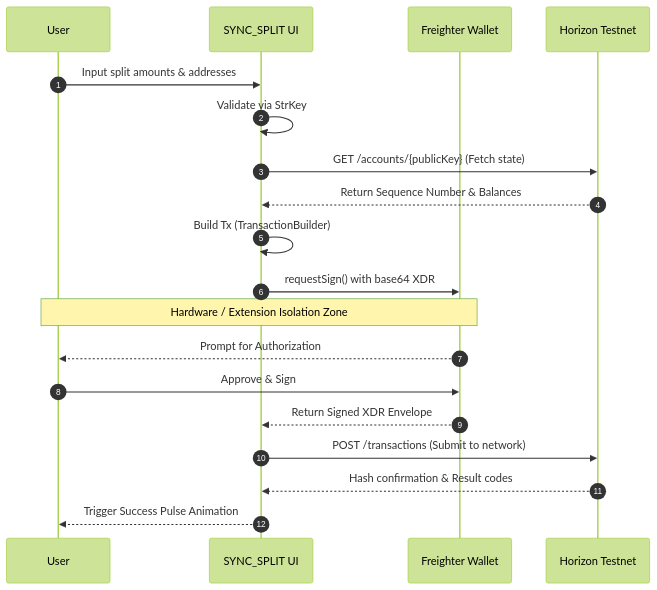
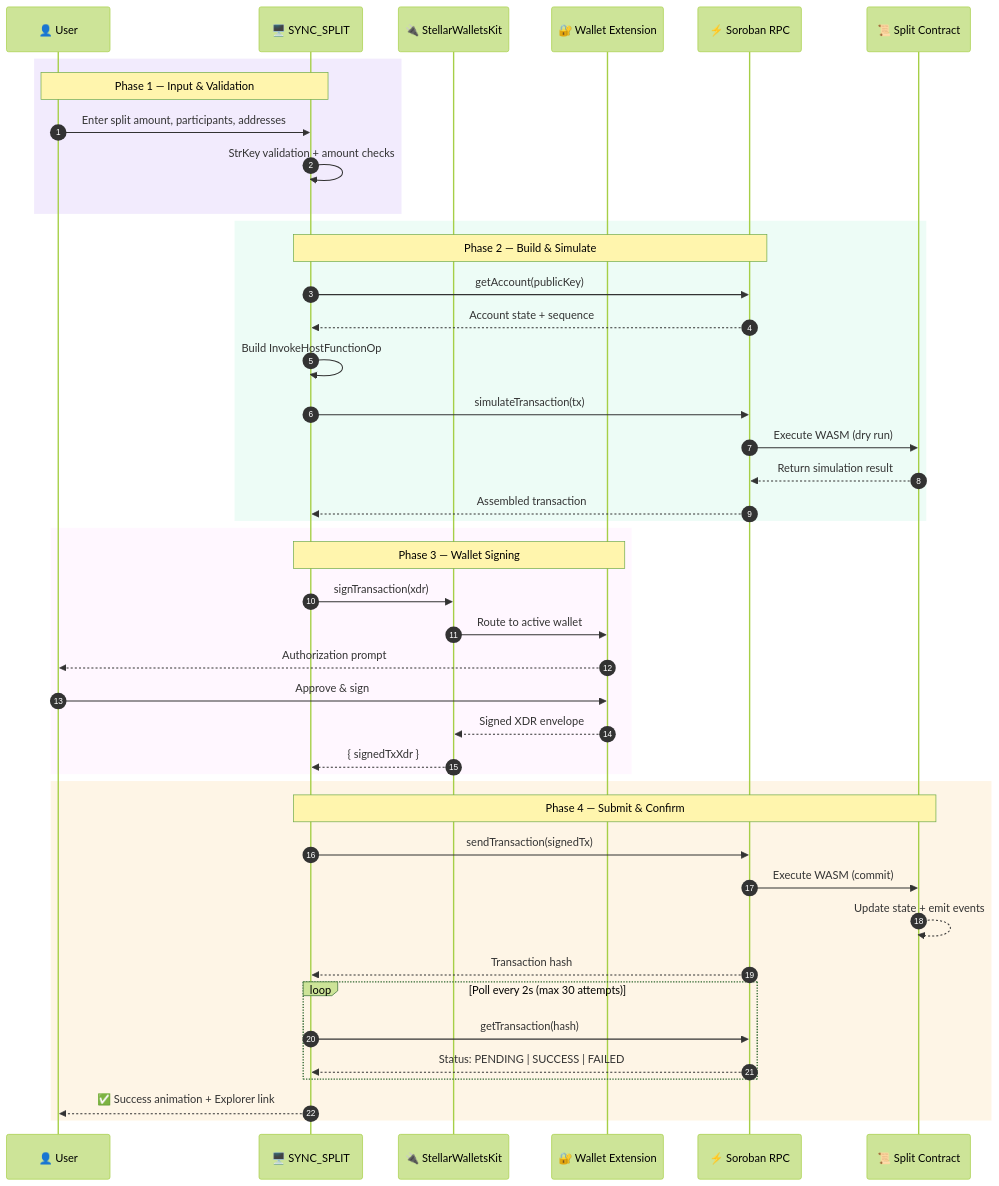
The second of 5 diagrams in README.md (Gokul-social/Stellar-Syncsplit), drawn with Mermaid (forest theme) before and after one commit. The commit also changed other lines of this file, not shown here.

````diff
--- a/README.md
+++ b/README.md
@@ -63,24 +105,50 @@
 ```mermaid
 sequenceDiagram
     autonumber
-    participant U as User
-    participant App as SYNC_SPLIT UI
-    participant F as Freighter Wallet
-    participant H as Horizon Testnet
+    participant U as 👤 User
+    participant App as 🖥️ SYNC_SPLIT
+    participant SWK as 🔌 StellarWalletsKit
+    participant W as 🔐 Wallet Extension
+    participant RPC as ⚡ Soroban RPC
+    participant SC as 📜 Split Contract
 
-    U->>App: Input split amounts & addresses
-    App->>App: Validate via StrKey
-    App->>H: GET /accounts/{publicKey} (Fetch state)
-    H-->>App: Return Sequence Number & Balances
-    App->>App: Build Tx (TransactionBuilder)
-    App->>F: requestSign() with base64 XDR
-    
-    note over U,F: Hardware / Extension Isolation Zone
-    F-->>U: Prompt for Authorization
-    U->>F: Approve & Sign
-    F-->>App: Return Signed XDR Envelope
-    
-    App->>H: POST /transactions (Submit to network)
-    H-->>App: Hash confirmation & Result codes
-    App-->>U: Trigger Success Pulse Animation
+    rect rgba(124, 58, 237, 0.1)
+        Note over U,App: Phase 1 — Input & Validation
+        U->>App: Enter split amount, participants, addresses
+        App->>App: StrKey validation + amount checks
+    end
+
+    rect rgba(78, 222, 162, 0.1)
+        Note over App,RPC: Phase 2 — Build & Simulate
+        App->>RPC: getAccount(publicKey)
+        RPC-->>App: Account state + sequence
+        App->>App: Build InvokeHostFunctionOp
+        App->>RPC: simulateTransaction(tx)
+        RPC->>SC: Execute WASM (dry run)
+        SC-->>RPC: Return simulation result
+        RPC-->>App: Assembled transaction
+    end
+
+    rect rgba(251, 171, 255, 0.1)
+        Note over App,W: Phase 3 — Wallet Signing
+        App->>SWK: signTransaction(xdr)
+        SWK->>W: Route to active wallet
+        W-->>U: Authorization prompt
+        U->>W: Approve & sign
+        W-->>SWK: Signed XDR envelope
+        SWK-->>App: { signedTxXdr }
+    end
+
+    rect rgba(245, 158, 11, 0.1)
+        Note over App,SC: Phase 4 — Submit & Confirm
+        App->>RPC: sendTransaction(signedTx)
+        RPC->>SC: Execute WASM (commit)
+        SC-->>SC: Update state + emit events
+        RPC-->>App: Transaction hash
+        loop Poll every 2s (max 30 attempts)
+            App->>RPC: getTransaction(hash)
+            RPC-->>App: Status: PENDING | SUCCESS | FAILED
+        end
+        App-->>U: ✅ Success animation + Explorer link
+    end
 ```
````
